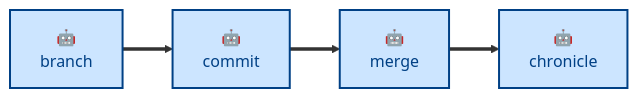
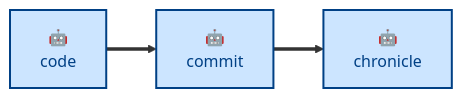
Before and after one commit to kieranpotts/skills: the diagram in skills/commit/README.md, drawn with Mermaid. The commit also changed other lines of this file and 13 other files, not shown here.

````diff
--- a/skills/commit/README.md
+++ b/skills/commit/README.md
@@ -52,18 +54,16 @@
 ```mermaid
 flowchart LR
   %% Node labels and classes.
-  branch["🤖<br/>branch"]:::agentic
+  code["🤖<br/>code"]:::agentic
   commit["🤖<br/>commit"]:::agentic
-  merge["🤖<br/>merge"]:::agentic
   chronicle["🤖<br/>chronicle"]:::agentic
 
   %% Main workflow sequence.
-  branch ==> commit
-  commit ==> merge
-  merge ==> chronicle
+  code ==> commit
+  commit ==> chronicle
 
   %% Class definitions.
   classDef agentic fill:#cce5ff,stroke:#004085,color:#004085,stroke-width:2px
   classDef scripted fill:#e2e3e5,stroke:#4b5157,color:#383d41,stroke-width:2px
   classDef anthropic fill:#fff3cd,stroke:#856404,color:#856404,stroke-width:1px,stroke-dasharray:2 3
 ```
````
